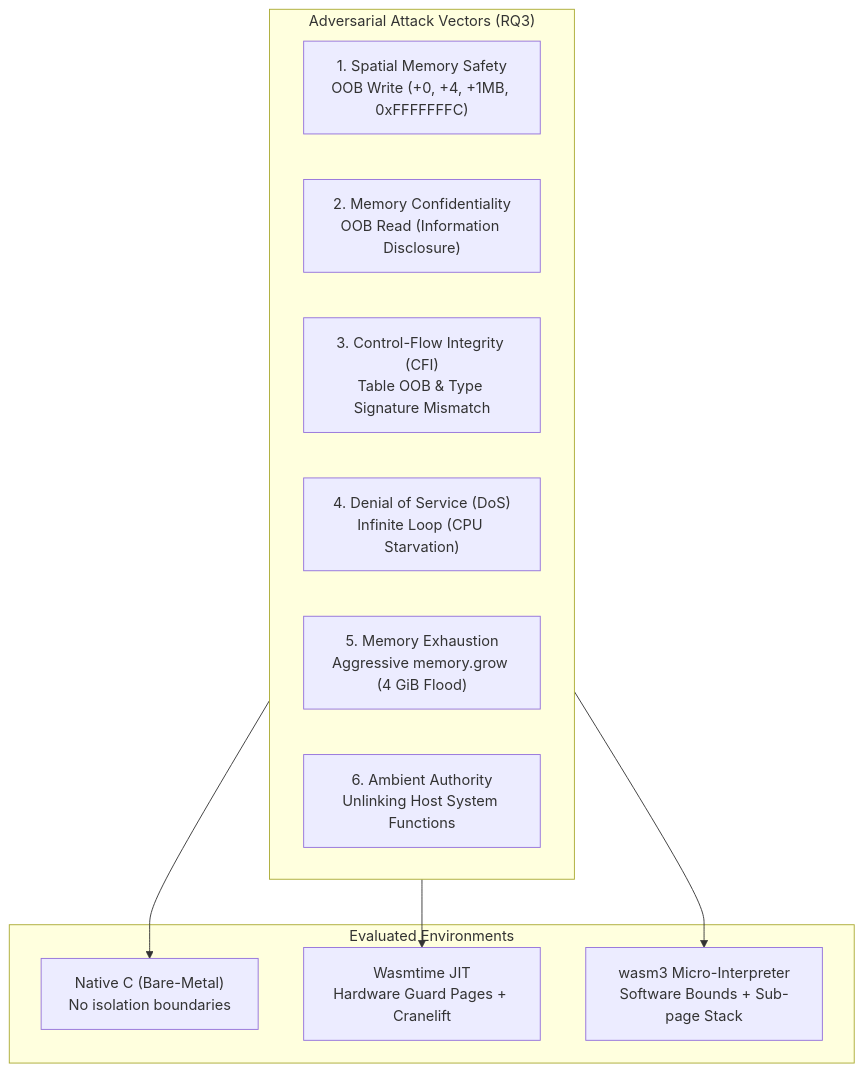
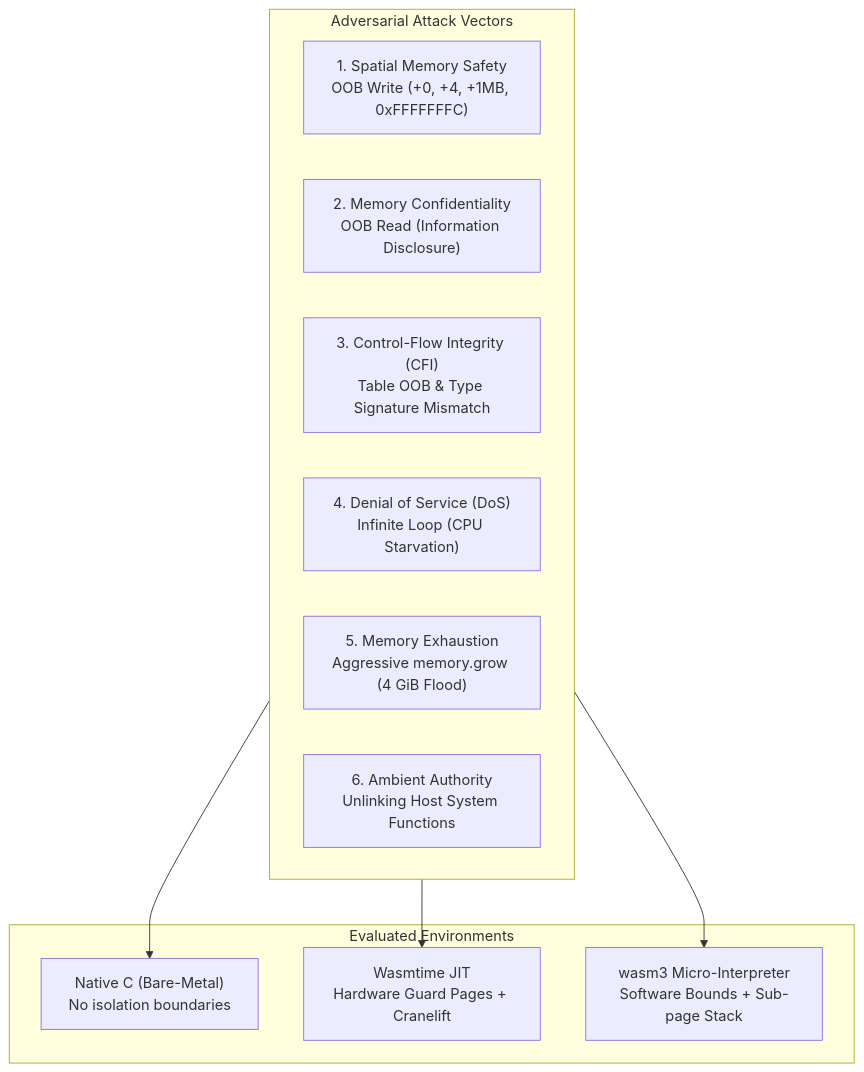
One commit to itssaideep/WASMpro changed the diagram in docs/security_evaluation.md. Above: the diagram before and after it, drawn with Mermaid. The commit also changed other lines of this file and 4 other files, not shown here.

````diff
--- a/docs/security_evaluation.md
+++ b/docs/security_evaluation.md
@@ -41,21 +41,21 @@
 ```mermaid
 flowchart TD
-    subgraph ATTACK_SURFACE["Adversarial Attack Vectors (RQ3)"]
+    subgraph ATTACK_SURFACE["Adversarial Attack Vectors"]
         V1["1. Spatial Memory Safety<br/>OOB Write (+0, +4, +1MB, 0xFFFFFFFC)"]
         V2["2. Memory Confidentiality<br/>OOB Read (Information Disclosure)"]
         V3["3. Control-Flow Integrity (CFI)<br/>Table OOB & Type Signature Mismatch"]
         V4["4. Denial of Service (DoS)<br/>Infinite Loop (CPU Starvation)"]
         V5["5. Memory Exhaustion<br/>Aggressive memory.grow (4 GiB Flood)"]
         V6["6. Ambient Authority<br/>Unlinking Host System Functions"]
     end
 
     subgraph TARGETS["Evaluated Environments"]
         NC["Native C (Bare-Metal)<br/>No isolation boundaries"]
         WT["Wasmtime JIT<br/>Hardware Guard Pages + Cranelift"]
         W3["wasm3 Micro-Interpreter<br/>Software Bounds + Sub-page Stack"]
     end
 
     ATTACK_SURFACE --> NC
     ATTACK_SURFACE --> WT
     ATTACK_SURFACE --> W3
 ```
````
